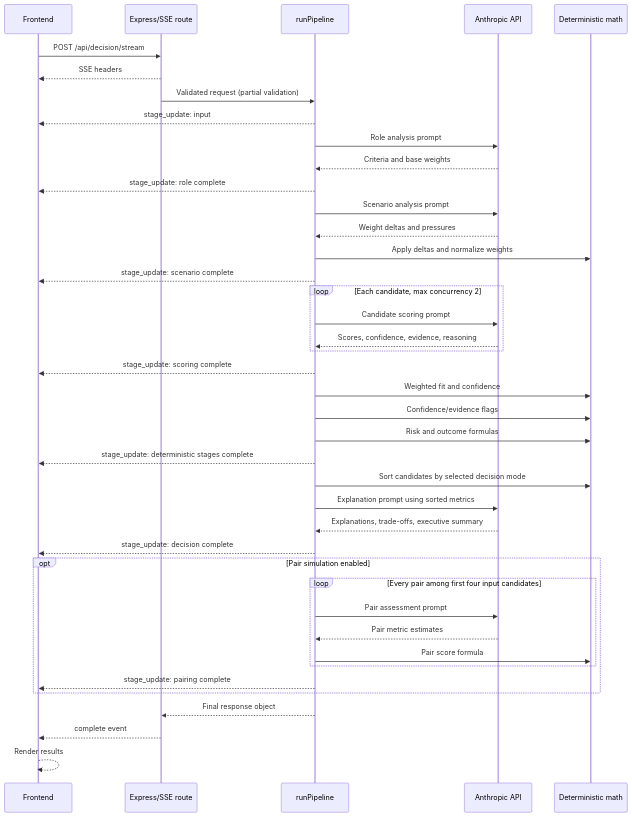
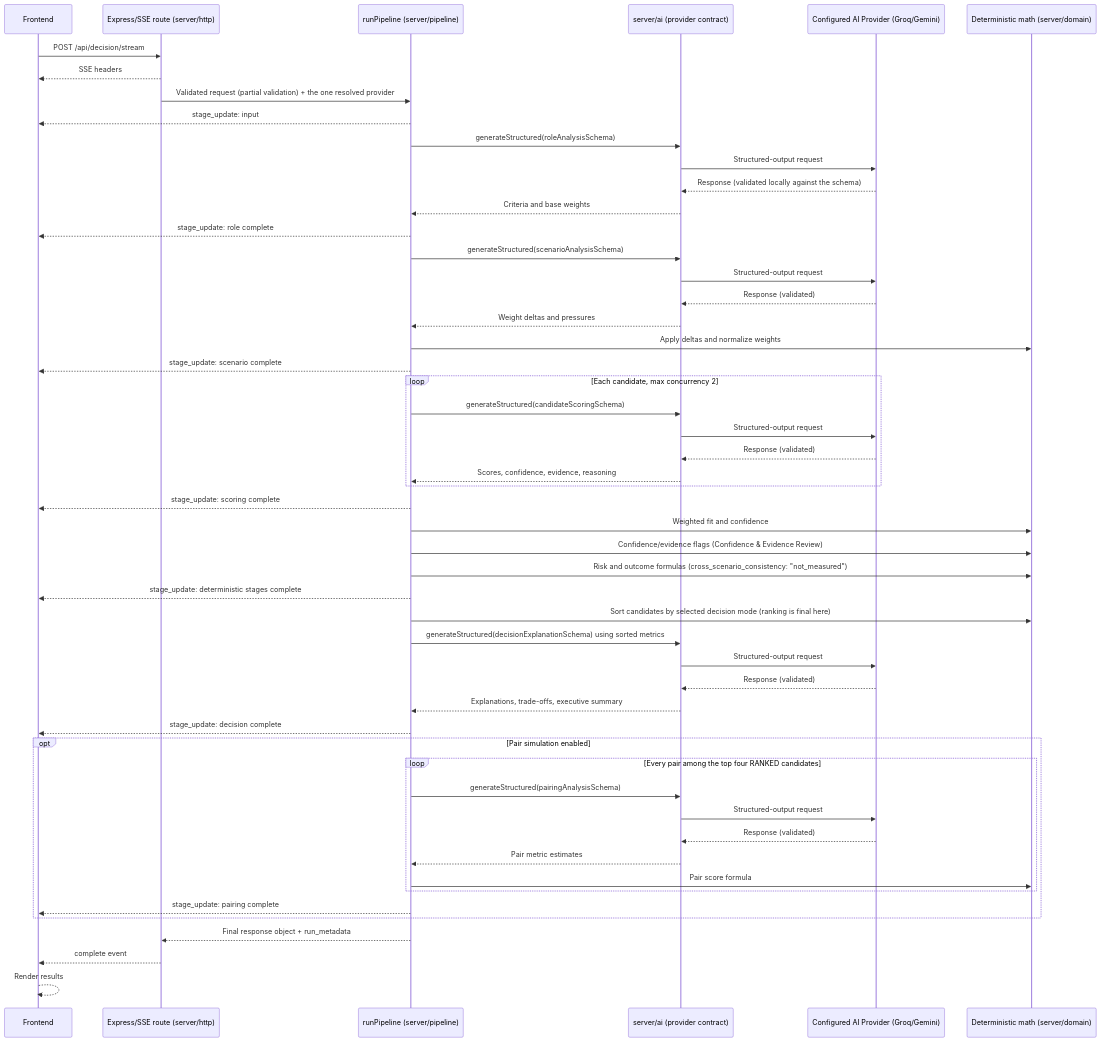
One commit to abdo2006-dev/ScenarioRank-AI changed the third of 3 diagrams in docs/architecture/DATA_FLOW.md. Above: the diagram before and after it, drawn with Mermaid. The commit also changed other lines of this file and 12 other files, not shown here.

````diff
--- a/docs/architecture/DATA_FLOW.md
+++ b/docs/architecture/DATA_FLOW.md
@@ -46,51 +47,62 @@
 ```mermaid
 sequenceDiagram
     participant F as Frontend
-    participant B as Express/SSE route
-    participant P as runPipeline
-    participant A as Anthropic API
-    participant M as Deterministic math
+    participant B as Express/SSE route (server/http)
+    participant P as runPipeline (server/pipeline)
+    participant AI as server/ai (provider contract)
+    participant A as Configured AI Provider (Groq/Gemini)
+    participant M as Deterministic math (server/domain)
 
     F->>B: POST /api/decision/stream
     B-->>F: SSE headers
-    B->>P: Validated request (partial validation)
+    B->>P: Validated request (partial validation) + the one resolved provider
     P-->>F: stage_update: input
 
-    P->>A: Role analysis prompt
-    A-->>P: Criteria and base weights
+    P->>AI: generateStructured(roleAnalysisSchema)
+    AI->>A: Structured-output request
+    A-->>AI: Response (validated locally against the schema)
+    AI-->>P: Criteria and base weights
     P-->>F: stage_update: role complete
 
-    P->>A: Scenario analysis prompt
-    A-->>P: Weight deltas and pressures
+    P->>AI: generateStructured(scenarioAnalysisSchema)
+    AI->>A: Structured-output request
+    A-->>AI: Response (validated)
+    AI-->>P: Weight deltas and pressures
     P->>M: Apply deltas and normalize weights
     P-->>F: stage_update: scenario complete
 
     loop Each candidate, max concurrency 2
-        P->>A: Candidate scoring prompt
-        A-->>P: Scores, confidence, evidence, reasoning
+        P->>AI: generateStructured(candidateScoringSchema)
+        AI->>A: Structured-output request
+        A-->>AI: Response (validated)
+        AI-->>P: Scores, confidence, evidence, reasoning
     end
     P-->>F: stage_update: scoring complete
 
     P->>M: Weighted fit and confidence
-    P->>M: Confidence/evidence flags
-    P->>M: Risk and outcome formulas
+    P->>M: Confidence/evidence flags (Confidence & Evidence Review)
+    P->>M: Risk and outcome formulas (cross_scenario_consistency: "not_measured")
     P-->>F: stage_update: deterministic stages complete
 
-    P->>M: Sort candidates by selected decision mode
-    P->>A: Explanation prompt using sorted metrics
-    A-->>P: Explanations, trade-offs, executive summary
+    P->>M: Sort candidates by selected decision mode (ranking is final here)
+    P->>AI: generateStructured(decisionExplanationSchema) using sorted metrics
+    AI->>A: Structured-output request
+    A-->>AI: Response (validated)
+    AI-->>P: Explanations, trade-offs, executive summary
     P-->>F: stage_update: decision complete
 
     opt Pair simulation enabled
-        loop Every pair among first four input candidates
-            P->>A: Pair assessment prompt
-            A-->>P: Pair metric estimates
+        loop Every pair among the top four RANKED candidates
+            P->>AI: generateStructured(pairingAnalysisSchema)
+            AI->>A: Structured-output request
+            A-->>AI: Response (validated)
+            AI-->>P: Pair metric estimates
             P->>M: Pair score formula
         end
         P-->>F: stage_update: pairing complete
     end
 
-    P-->>B: Final response object
+    P-->>B: Final response object + run_metadata
     B-->>F: complete event
     F-->>F: Render results
 ```
````
